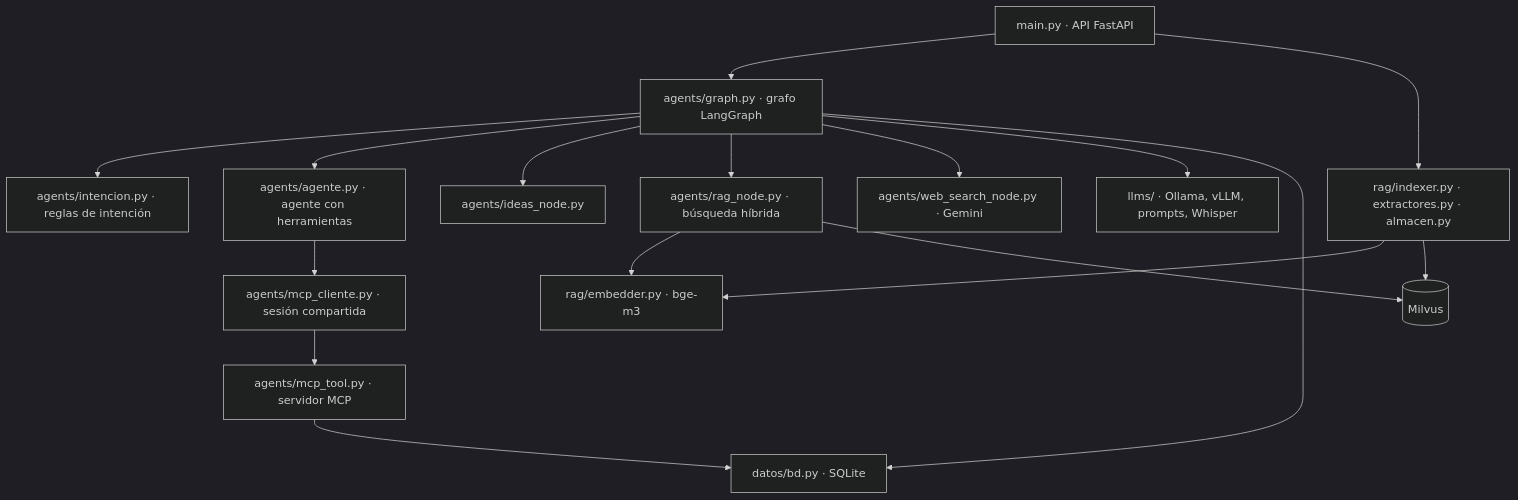
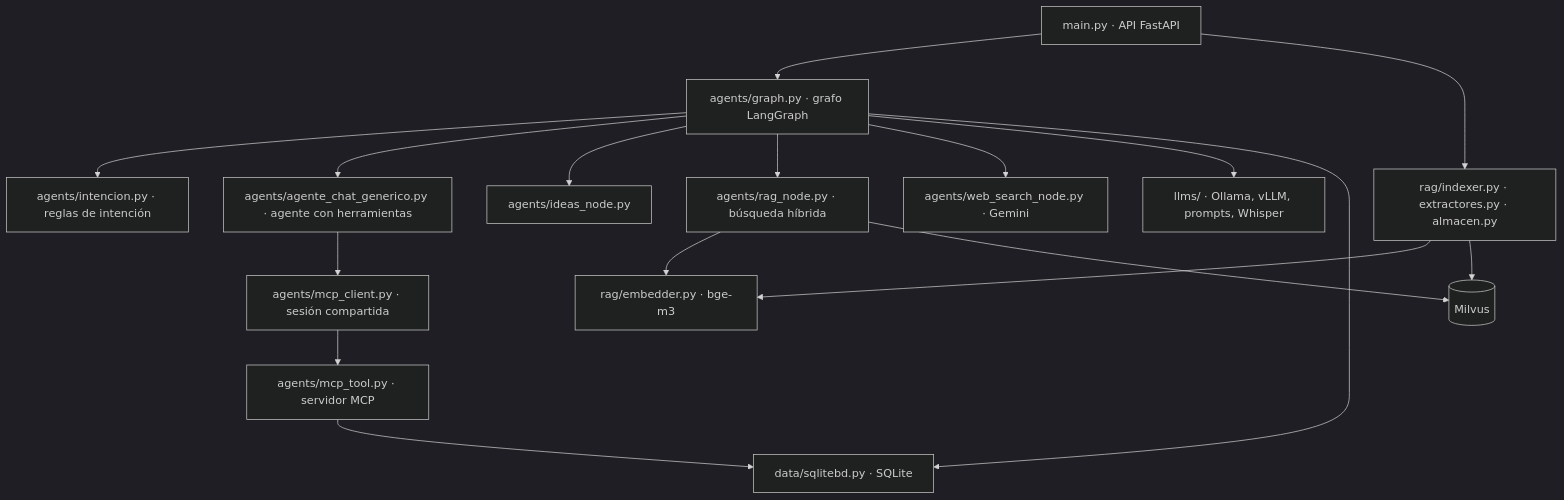
One commit to HYDRA-10/CookingAura changed the second of 3 diagrams in README.md. Above: the diagram before and after it, drawn with Mermaid (dark theme). The commit also changed other lines of this file and 14 other files, not shown here.

````diff
--- a/README.md
+++ b/README.md
@@ -99,16 +100,16 @@
 ```mermaid
 flowchart TB
     API[main.py · API FastAPI] --> GRAFO[agents/graph.py · grafo LangGraph]
     API --> RAGI[rag/indexer.py · extractores.py · almacen.py]
     GRAFO --> INT[agents/intencion.py · reglas de intención]
-    GRAFO --> AG[agents/agente.py · agente con herramientas]
+    GRAFO --> AG[agents/agente_chat_generico.py · agente con herramientas]
     GRAFO --> IDEAS[agents/ideas_node.py]
     GRAFO --> RAGB[agents/rag_node.py · búsqueda híbrida]
     GRAFO --> WEB[agents/web_search_node.py · Gemini]
     GRAFO --> LLM[llms/ · Ollama, vLLM, prompts, Whisper]
-    AG --> MCPC[agents/mcp_cliente.py · sesión compartida] --> MCPS[agents/mcp_tool.py · servidor MCP]
-    MCPS --> BD[datos/bd.py · SQLite]
+    AG --> MCPC[agents/mcp_client.py · sesión compartida] --> MCPS[agents/mcp_tool.py · servidor MCP]
+    MCPS --> BD[data/sqlitebd.py · SQLite]
     GRAFO --> BD
     RAGB --> EMB[rag/embedder.py · bge-m3] & MILVUS[(Milvus)]
     RAGI --> EMB & MILVUS
 ```
````
